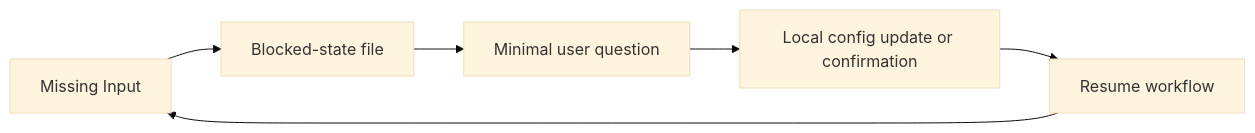
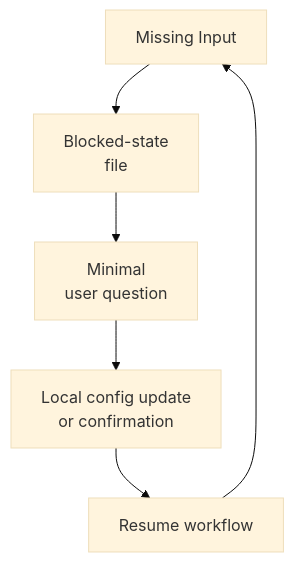
Before and after one commit to Qin-BL/quality-platform: the fifth of 6 diagrams in docs/qa/architecture.md, drawn with Mermaid (base theme). The commit also changed other lines of this file and 2 other files, not shown here.

Commit message:
Improve diagram readability

```diff
--- a/docs/qa/architecture.md
+++ b/docs/qa/architecture.md
@@ -165,8 +165,8 @@
 ::: mermaid
-graph LR
-    X["Missing Input"] --> Y["Blocked-state file"]
-    Y --> Z["Minimal user question"]
-    Z --> W["Local config update or confirmation"]
+graph TD
+    X["Missing Input"] --> Y["Blocked-state<br/>file"]
+    Y --> Z["Minimal<br/>user question"]
+    Z --> W["Local config update<br/>or confirmation"]
     W --> V["Resume workflow"]
     V --> X
 :::
```
